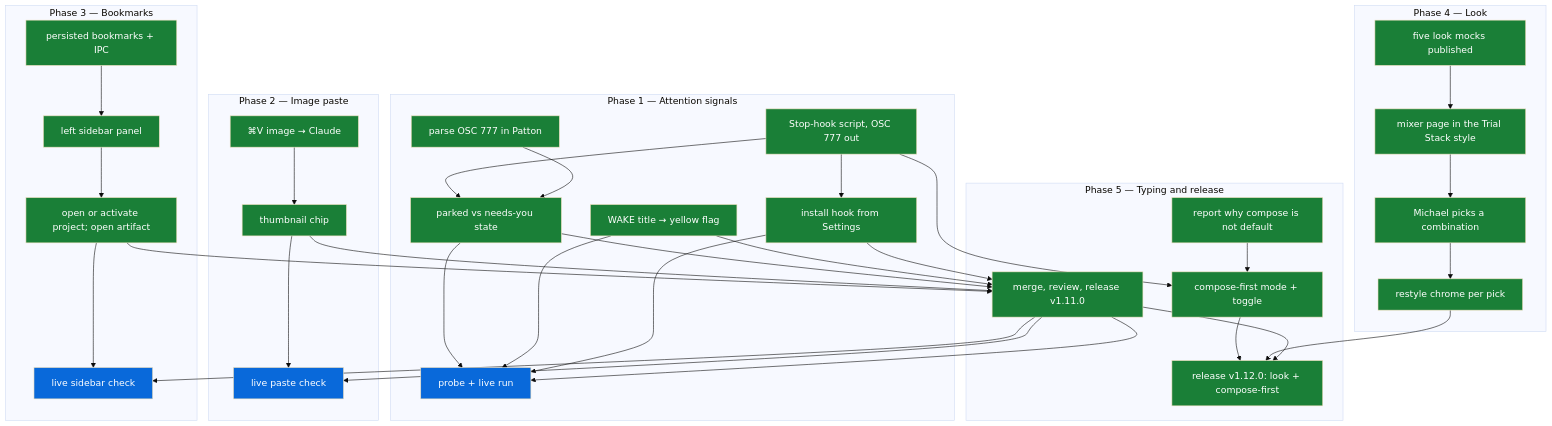
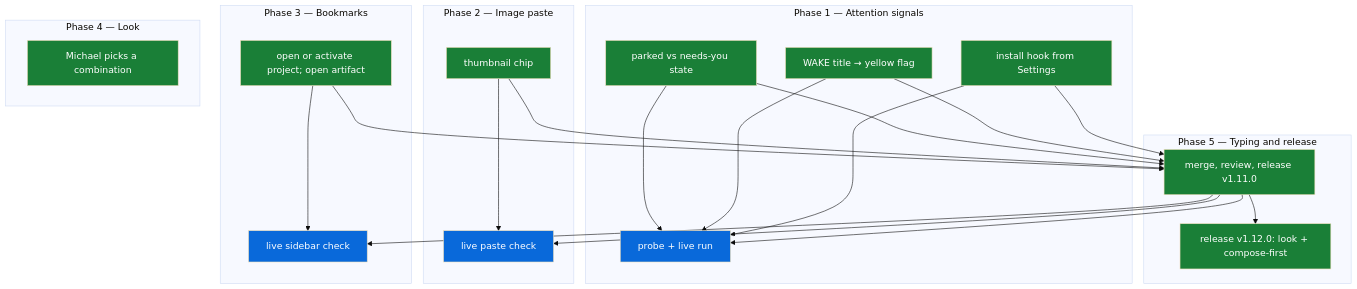
The diagram in docs/NEXT_STEPS.md (michaeljryoung/patton), drawn with Mermaid (base theme) before and after one commit. The commit also changed other lines of this file and 3 other files, not shown here.

Commit message:
Checkpoint S40: hook-driven parked state, image paste, bookmarks, Trial Stack look, compose-first; v1.11.0 and v1.12.0 released

````diff
--- a/docs/NEXT_STEPS.md
+++ b/docs/NEXT_STEPS.md
@@ -10,67 +12,44 @@
 ```mermaid
 flowchart TD
   subgraph P1["Phase 1 — Attention signals"]
-    hook_script[Stop-hook script, OSC 777 out]:::done
-    osc777_parse[parse OSC 777 in Patton]:::done
     parked_state[parked vs needs-you state]:::done
     wake_yellow[WAKE title → yellow flag]:::done
     hook_install[install hook from Settings]:::done
     signals_verify[probe + live run]:::live
   end
   subgraph P2["Phase 2 — Image paste"]
-    image_paste[⌘V image → Claude]:::done
     paste_thumbnail[thumbnail chip]:::done
     paste_verify[live paste check]:::live
   end
   subgraph P3["Phase 3 — Bookmarks"]
-    bookmarks_store[persisted bookmarks + IPC]:::done
-    bookmarks_panel[left sidebar panel]:::done
     bookmark_open[open or activate project; open artifact]:::done
     bookmarks_verify[live sidebar check]:::live
   end
   subgraph P4["Phase 4 — Look"]
-    look_mocks[five look mocks published]:::done
-    look_mixer[mixer page in the Trial Stack style]:::done
     look_pick[Michael picks a combination]:::done
-    look_implement[restyle chrome per pick]:::done
   end
   subgraph P5["Phase 5 — Typing and release"]
-    compose_reason[report why compose is not default]:::done
-    compose_default[compose-first mode + toggle]:::done
     merge_release[merge, review, release v1.11.0]:::done
     release_v1_12[release v1.12.0: look + compose-first]:::done
   end
-  hook_script --> parked_state
-  osc777_parse --> parked_state
-  hook_script --> hook_install
   parked_state --> signals_verify
   wake_yellow --> signals_verify
   hook_install --> signals_verify
-  image_paste --> paste_thumbnail
   paste_thumbnail --> paste_verify
-  bookmarks_store --> bookmarks_panel
-  bookmarks_panel --> bookmark_open
   bookmark_open --> bookmarks_verify
-  look_mocks --> look_mixer
-  look_mixer --> look_pick
-  look_pick --> look_implement
-  compose_reason --> compose_default
-  hook_script --> compose_default
   parked_state --> merge_release
   wake_yellow --> merge_release
   hook_install --> merge_release
   paste_thumbnail --> merge_release
   bookmark_open --> merge_release
   merge_release --> signals_verify
   merge_release --> paste_verify
   merge_release --> bookmarks_verify
-  compose_default --> release_v1_12
-  look_implement --> release_v1_12
   merge_release --> release_v1_12
   classDef done fill:#1a7f37,color:#fff
   classDef live fill:#0969da,color:#fff
   classDef todo fill:#8c959f,color:#fff
   classDef blocked fill:#cf222e,color:#fff
   classDef dropped fill:#eaeef2,color:#57606a
   classDef superseded fill:#eaeef2,color:#57606a
 ```
````
